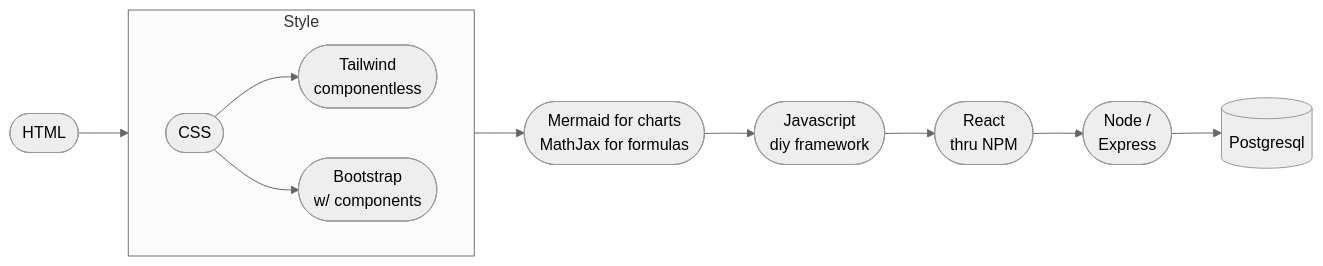
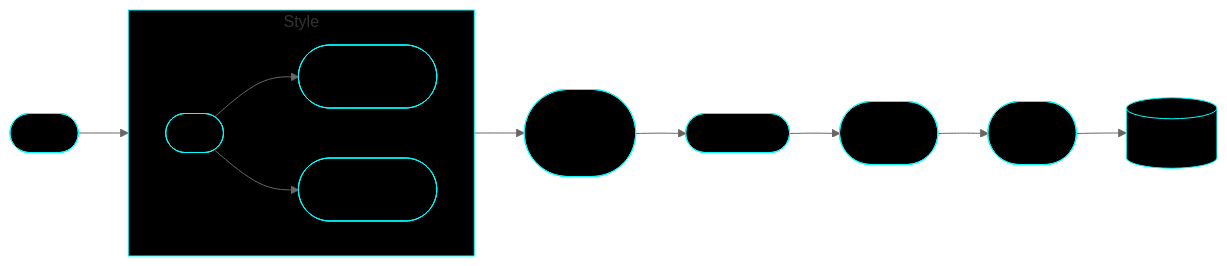
One commit to frankburgs/frankburgs changed the diagram in readme.md. Above: the diagram before and after it, drawn with Mermaid (neutral theme). The commit also changed other lines of this file, not shown here.

Commit message:
Updated details

````diff
--- a/readme.md
+++ b/readme.md
@@ -35,15 +35,16 @@
 ``` mermaid
       flowchart LR;
       html([HTML]) --> Style;
       subgraph Style;
         direction LR;
         CSS([CSS]) --> Tailwind([Tailwind<br/>componentless]);
         CSS --> Bootstrap([Bootstrap<br/>w/ components]);
       end;
-      Style --> Mermaid([Mermaid for charts<br/>MathJax for formulas]);
-      Mermaid --> js([Javascript<br/>diy framework]);
-      js --> React([React<br/>thru NPM]);
+      Style --> Mermaid([Mermaid<br/>MathJax<br/>JavaScript]);
+      Mermaid --> gh([Git/ GitHub]);
+      gh --> React([React<br/>thru NPM]);
       React --> Node([Node /<br/>Express]);
       Node --> sql[(Postgresql)];
-      class html,Mermaid,js,React,Node,sql,Style,CSS,Tailwind,Bootstrap cssClass;
+      class html,Mermaid,gh,React,Node,sql,Style,CSS,Tailwind,Bootstrap cssClass;
+      classDef cssClass fill:black,stroke:aqua;
 ```
````
